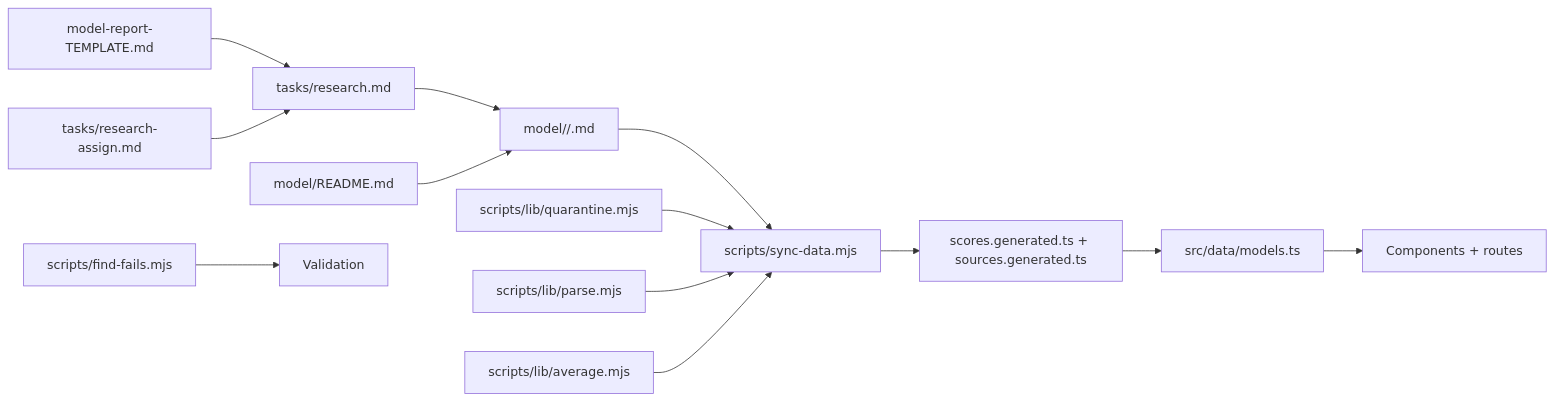
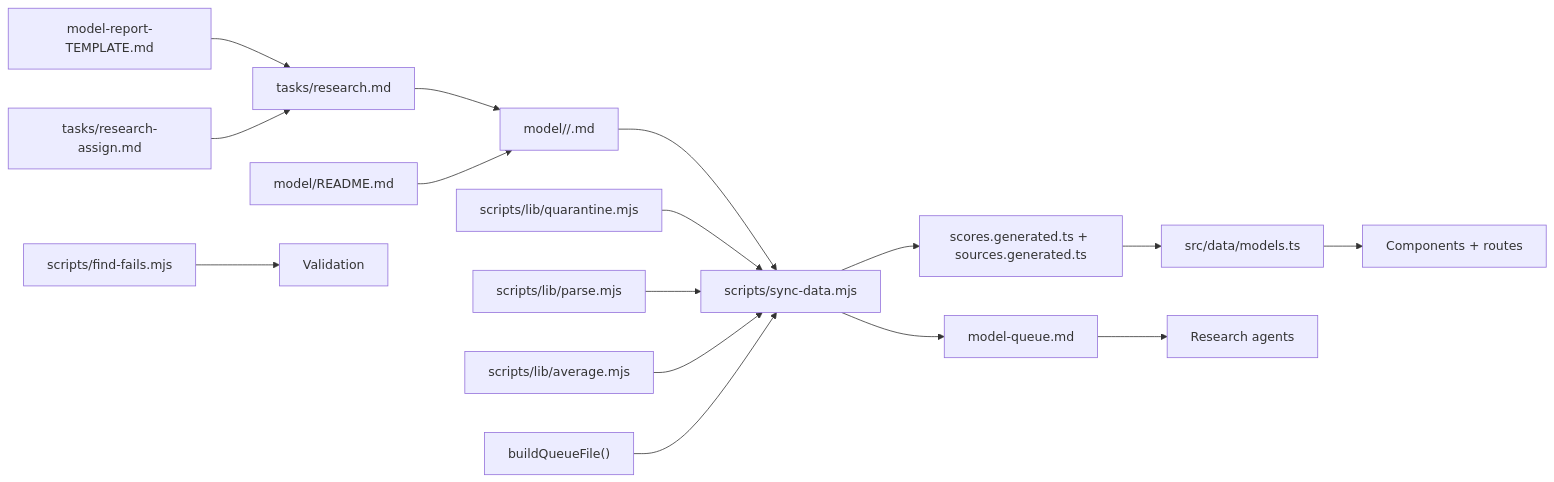
Before and after one commit to delirium-dj/modelcomp: diagram 11 of 11 in .qoder/repowiki/en/content/Model Research & Evaluation/Model Research & Evaluation.md, drawn with Mermaid. The commit also changed other lines of this file and 141 other files, not shown here.

````diff
--- a/.qoder/repowiki/en/content/Model Research & Evaluation/Model Research & Evaluation.md
+++ b/.qoder/repowiki/en/content/Model Research & Evaluation/Model Research & Evaluation.md
@@ -569,15 +621,18 @@
 ```mermaid
 graph LR
 Template["model-report-TEMPLATE.md"] --> Research["tasks/research.md"]
 Assign["tasks/research-assign.md"] --> Research
 Research --> Findings["model/<slug>/<Source_Name>.md"]
 MetaSchema["model/README.md"] --> Findings
 Findings --> Sync["scripts/sync-data.mjs"]
 Quarantine["scripts/lib/quarantine.mjs"] --> Sync
 Parse["scripts/lib/parse.mjs"] --> Sync
 Average["scripts/lib/average.mjs"] --> Sync
+QueueGen["buildQueueFile()"] --> Sync
 FindFails["scripts/find-fails.mjs"] --> Validation
 Sync --> Generated["scores.generated.ts + sources.generated.ts"]
+Sync --> QueueFile["model-queue.md"]
 Generated --> ModelsTS["src/data/models.ts"]
+QueueFile --> Agents["Research agents"]
 ModelsTS --> UI["Components + routes"]
 ```
````
